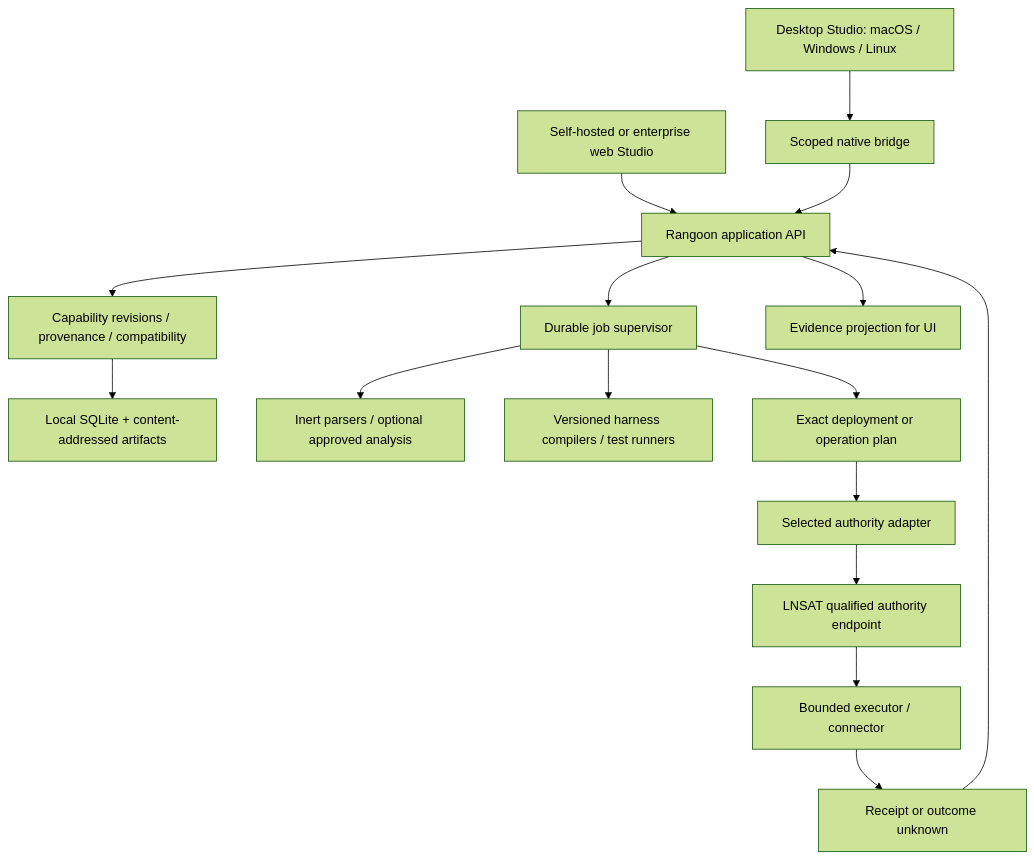
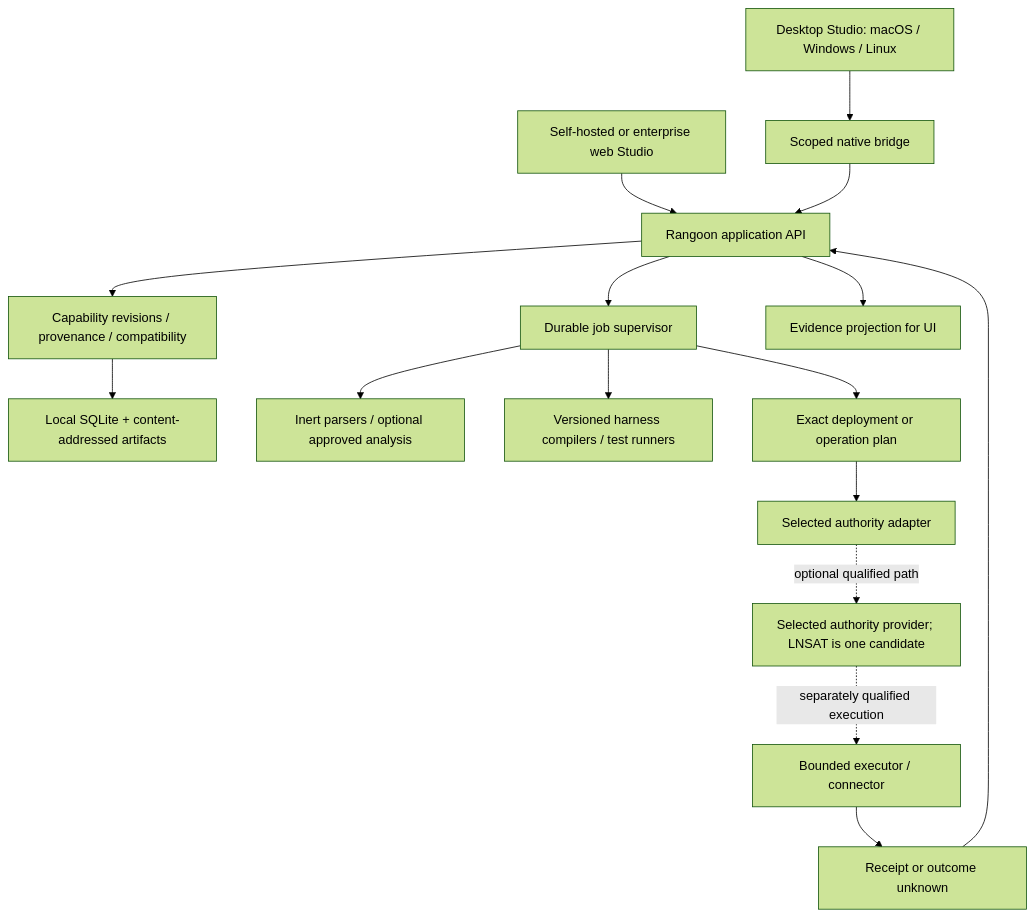
One commit to hypler-dev/rangoon changed the diagram in docs/plan.md. Above: the diagram before and after it, drawn with Mermaid (forest theme). The commit also changed other lines of this file and 166 other files, not shown here.

````diff
--- a/docs/plan.md
+++ b/docs/plan.md
@@ -74,18 +202,18 @@
 ```mermaid
 flowchart TB
   D[Desktop Studio: macOS / Windows / Linux] --> B[Scoped native bridge]
   W[Self-hosted or enterprise web Studio] --> API[Rangoon application API]
   B --> API
   API --> DOM[Capability revisions / provenance / compatibility]
   API --> JOB[Durable job supervisor]
   DOM --> STORE[Local SQLite + content-addressed artifacts]
   JOB --> PARSE[Inert parsers / optional approved analysis]
   JOB --> COMP[Versioned harness compilers / test runners]
   JOB --> PLAN[Exact deployment or operation plan]
   PLAN --> AUTH[Selected authority adapter]
-  AUTH --> L[LNSAT qualified authority endpoint]
-  L --> EX[Bounded executor / connector]
+  AUTH -. optional qualified path .-> L[Selected authority provider; LNSAT is one candidate]
+  L -. separately qualified execution .-> EX[Bounded executor / connector]
   EX --> EV[Receipt or outcome unknown]
   EV --> API
   API --> VIEW[Evidence projection for UI]
 ```
````
